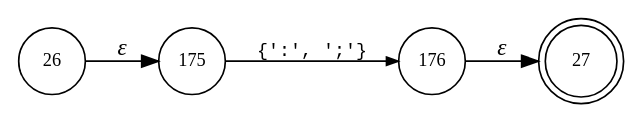
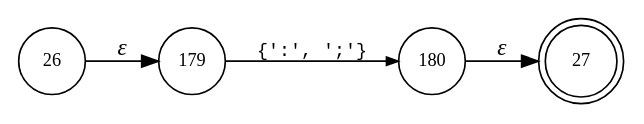
The diagram in internal/parser/Bund.mode_term.dot (vulogov/Bund2), drawn with Graphviz before and after one commit. The commit also changed 38 other files, not shown here.

```diff
--- a/internal/parser/Bund.mode_term.dot
+++ b/internal/parser/Bund.mode_term.dot
@@ -1,10 +1,10 @@
 digraph ATN {
 rankdir=LR;
 s27[fontsize=11, label="27", shape=doublecircle, fixedsize=true, width=.6];
-s176[fontsize=11,label="176", shape=circle, fixedsize=true, width=.55, peripheries=1];
+s179[fontsize=11,label="179", shape=circle, fixedsize=true, width=.55, peripheries=1];
+s180[fontsize=11,label="180", shape=circle, fixedsize=true, width=.55, peripheries=1];
 s26[fontsize=11,label="26", shape=circle, fixedsize=true, width=.55, peripheries=1];
-s175[fontsize=11,label="175", shape=circle, fixedsize=true, width=.55, peripheries=1];
-s26 -> s175 [fontname="Times-Italic", label="&epsilon;"];
-s175 -> s176 [fontsize=11, fontname="Courier", arrowsize=.7, label = "{':', ';'}", arrowhead = normal];
-s176 -> s27 [fontname="Times-Italic", label="&epsilon;"];
+s26 -> s179 [fontname="Times-Italic", label="&epsilon;"];
+s179 -> s180 [fontsize=11, fontname="Courier", arrowsize=.7, label = "{':', ';'}", arrowhead = normal];
+s180 -> s27 [fontname="Times-Italic", label="&epsilon;"];
 }
```
